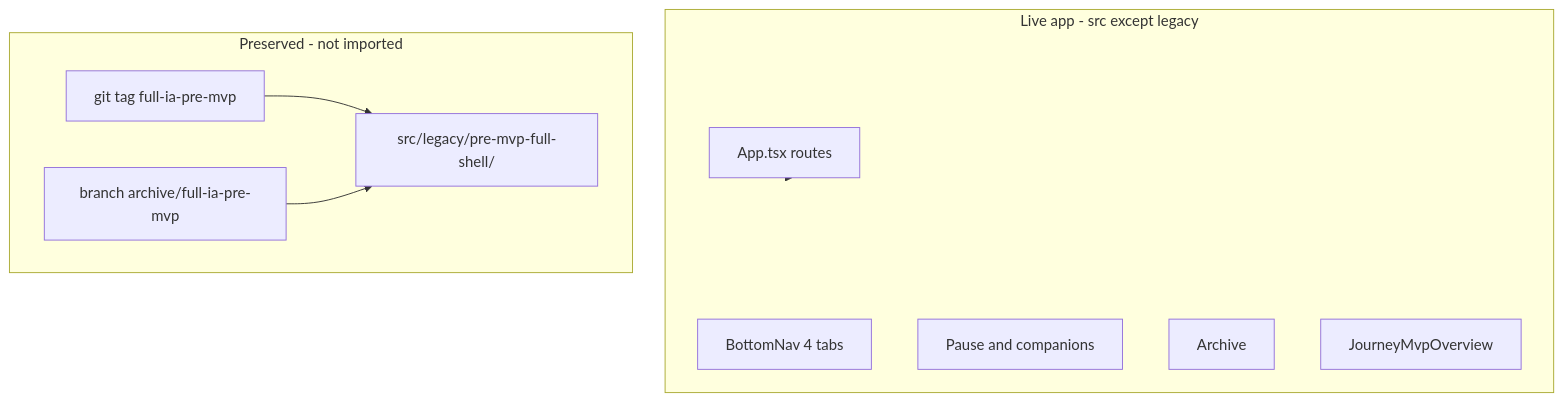
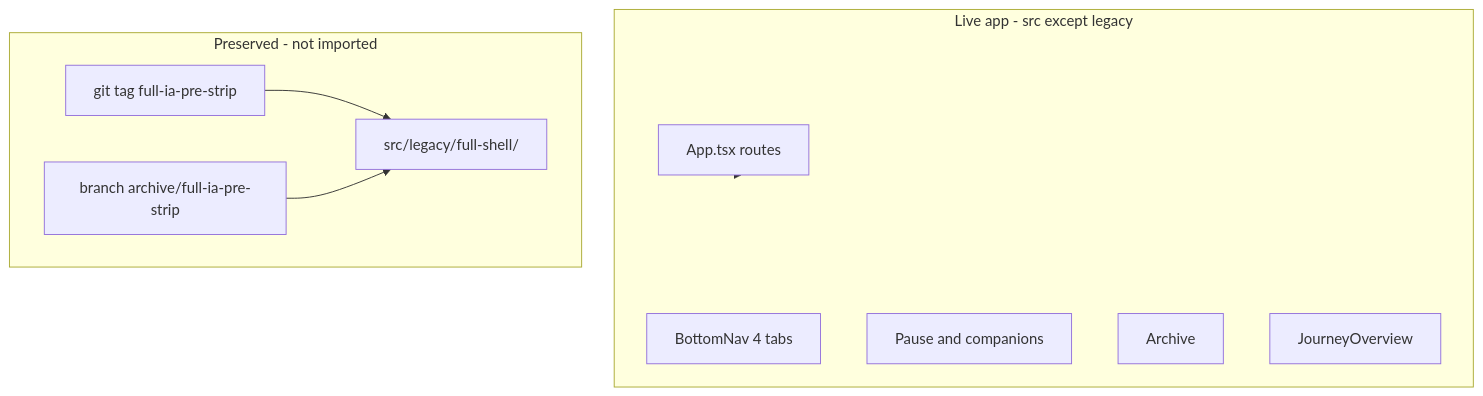
Before and after one commit to Angelguirao/holzen: the first of 3 diagrams in .cursor/plans/pause-first_mvp_launch_09b4d948.plan.md, drawn with Mermaid. The commit also changed other lines of this file, not shown here.

````diff
--- a/.cursor/plans/pause-first_mvp_launch_09b4d948.plan.md
+++ b/.cursor/plans/pause-first_mvp_launch_09b4d948.plan.md
@@ -194,18 +197,18 @@
 ```mermaid
 flowchart TB
   subgraph live [Live app - src except legacy]
     Router[App.tsx routes]
     Nav[BottomNav 4 tabs]
     Pause[Pause and companions]
     Archive[Archive]
-    Journey[JourneyMvpOverview]
+    Journey[JourneyOverview]
   end
   subgraph preserve [Preserved - not imported]
-    Tag["git tag full-ia-pre-mvp"]
-    Branch["branch archive/full-ia-pre-mvp"]
-    Legacy["src/legacy/pre-mvp-full-shell/"]
+    Tag["git tag full-ia-pre-strip"]
+    Branch["branch archive/full-ia-pre-strip"]
+    Legacy["src/legacy/full-shell/"]
   end
   Tag --> Legacy
   Branch --> Legacy
   Router --> live
 ```
````
